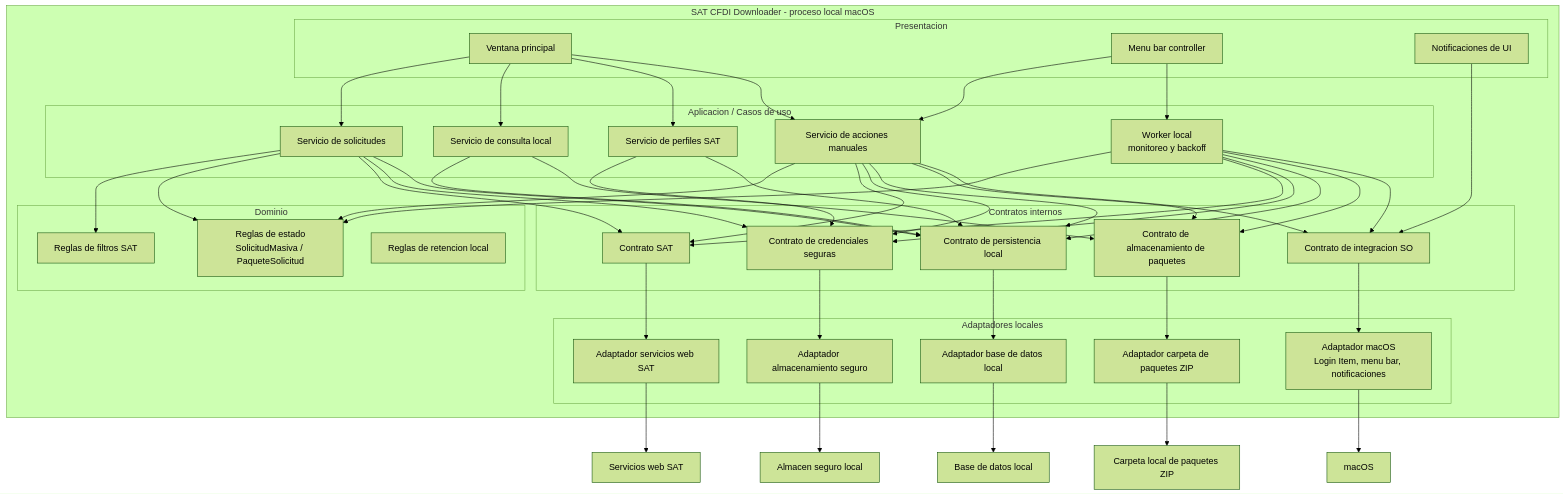
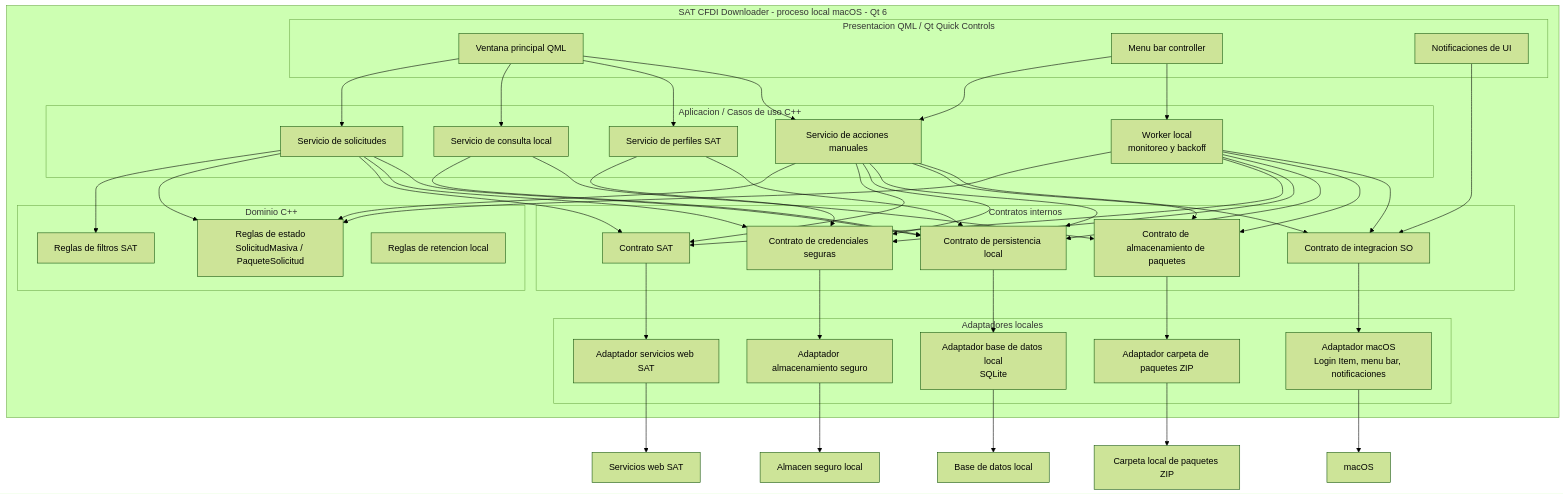
Before and after one commit to irritila/sat-cfdi-downloader: diagram 13 of 21 in docs/architecture.md, drawn with Mermaid (forest theme). The commit also changed other lines of this file and 5 other files, not shown here.

````diff
--- a/docs/architecture.md
+++ b/docs/architecture.md
@@ -773,13 +775,13 @@
 ```mermaid
 flowchart TB
-    subgraph app["SAT CFDI Downloader - proceso local macOS"]
-        subgraph presentation["Presentacion"]
-            main_ui["Ventana principal"]
+    subgraph app["SAT CFDI Downloader - proceso local macOS - Qt 6"]
+        subgraph presentation["Presentacion QML / Qt Quick Controls"]
+            main_ui["Ventana principal QML"]
             menu_bar["Menu bar controller"]
             notifications_ui["Notificaciones de UI"]
         end
 
-        subgraph application["Aplicacion / Casos de uso"]
+        subgraph application["Aplicacion / Casos de uso C++"]
             profiles_service["Servicio de perfiles SAT"]
             request_service["Servicio de solicitudes"]
             query_service["Servicio de consulta local"]
@@ -787,7 +789,7 @@
             worker["Worker local<br/>monitoreo y backoff"]
         end
 
-        subgraph domain["Dominio"]
+        subgraph domain["Dominio C++"]
             request_state["Reglas de estado<br/>SolicitudMasiva / PaqueteSolicitud"]
             sat_filters["Reglas de filtros SAT"]
             local_retention["Reglas de retencion local"]
@@ -804,7 +806,7 @@
         subgraph infrastructure["Adaptadores locales"]
             sat_adapter["Adaptador servicios web SAT"]
             secure_credentials_adapter["Adaptador almacenamiento seguro"]
-            db_adapter["Adaptador base de datos local"]
+            db_adapter["Adaptador base de datos local<br/>SQLite"]
             file_adapter["Adaptador carpeta de paquetes ZIP"]
             macos_adapter["Adaptador macOS<br/>Login Item, menu bar, notificaciones"]
         end
````
